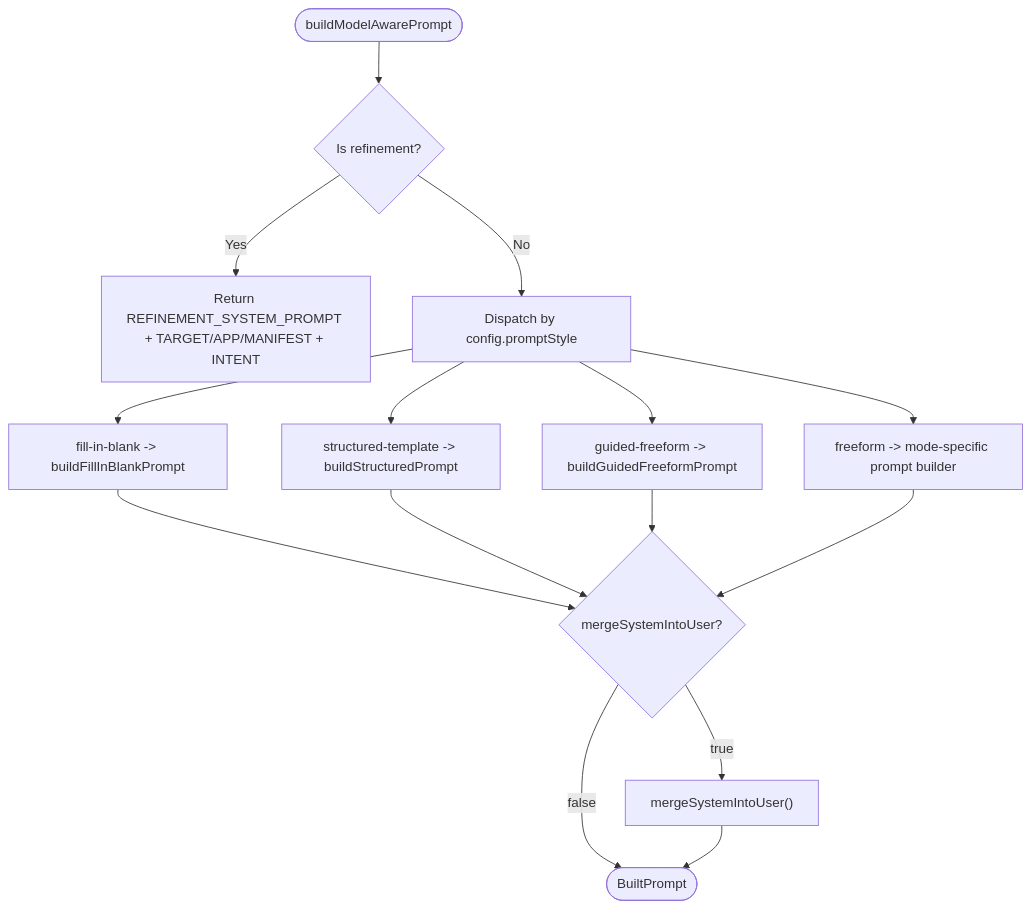
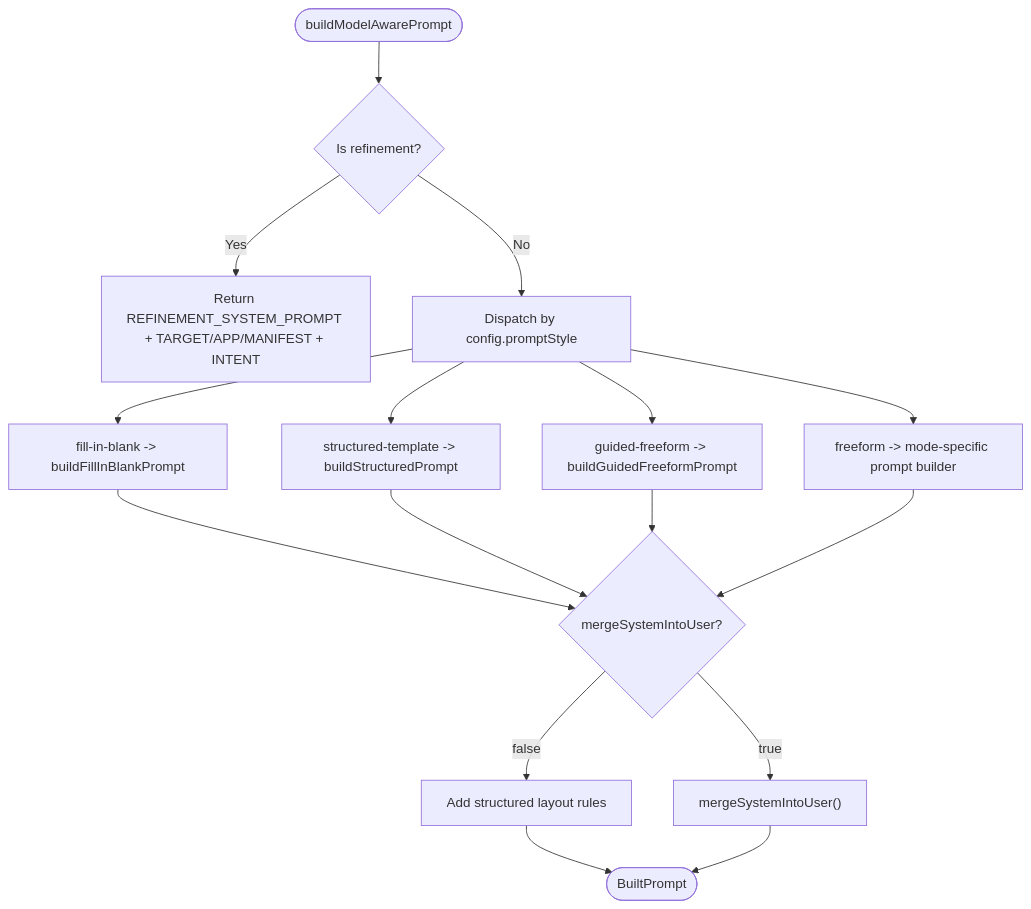
Before and after one commit to shekhargiri005-dotcom/AI-powered-accessibility-first-UI-engine: the third of 9 diagrams in .qoder/repowiki/en/content/AI Generation Engine/Core Generation Pipeline/Prompt Engineering & Context Injection.md, drawn with Mermaid. The commit also changed other lines of this file and 71 other files, not shown here.

````diff
--- a/.qoder/repowiki/en/content/AI Generation Engine/Core Generation Pipeline/Prompt Engineering & Context Injection.md
+++ b/.qoder/repowiki/en/content/AI Generation Engine/Core Generation Pipeline/Prompt Engineering & Context Injection.md
@@ -153,17 +191,18 @@
 ```mermaid
 flowchart TD
 Start(["buildModelAwarePrompt"]) --> CheckRefine{"Is refinement?"}
 CheckRefine --> |Yes| ReturnRefine["Return REFINEMENT_SYSTEM_PROMPT + TARGET/APP/MANIFEST + INTENT"]
 CheckRefine --> |No| PickStrategy["Dispatch by config.promptStyle"]
 PickStrategy --> FIB["fill-in-blank -> buildFillInBlankPrompt"]
 PickStrategy --> STR["structured-template -> buildStructuredPrompt"]
 PickStrategy --> GFF["guided-freeform -> buildGuidedFreeformPrompt"]
 PickStrategy --> FRM["freeform -> mode-specific prompt builder"]
 FIB --> Merge{"mergeSystemIntoUser?"}
 STR --> Merge
 GFF --> Merge
 FRM --> Merge
 Merge --> |true| MergeSys["mergeSystemIntoUser()"]
-Merge --> |false| Done(["BuiltPrompt"])
+Merge --> |false| AddLayoutRules["Add structured layout rules"]
+AddLayoutRules --> Done(["BuiltPrompt"])
 MergeSys --> Done
 ```
````
